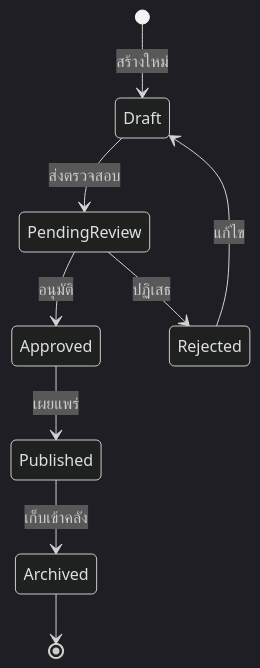
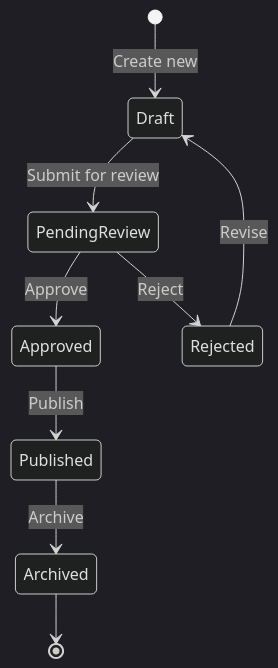
Diagram 14 of 16 in plugins/system-design-doc/skills/system-design-doc/references/mermaid-patterns.md (mounchons/AgentMarketPlace), drawn with Mermaid (dark theme) before and after one commit. The commit also changed other lines of this file and 51 other files, not shown here.

````diff
--- a/plugins/system-design-doc/skills/system-design-doc/references/mermaid-patterns.md
+++ b/plugins/system-design-doc/skills/system-design-doc/references/mermaid-patterns.md
@@ -317,11 +317,11 @@
 ```mermaid
 stateDiagram-v2
-    [*] --> Draft: สร้างใหม่
-    Draft --> PendingReview: ส่งตรวจสอบ
-    PendingReview --> Approved: อนุมัติ
-    PendingReview --> Rejected: ปฏิเสธ
-    Rejected --> Draft: แก้ไข
-    Approved --> Published: เผยแพร่
-    Published --> Archived: เก็บเข้าคลัง
+    [*] --> Draft: Create new
+    Draft --> PendingReview: Submit for review
+    PendingReview --> Approved: Approve
+    PendingReview --> Rejected: Reject
+    Rejected --> Draft: Revise
+    Approved --> Published: Publish
+    Published --> Archived: Archive
     Archived --> [*]
 ```
````
